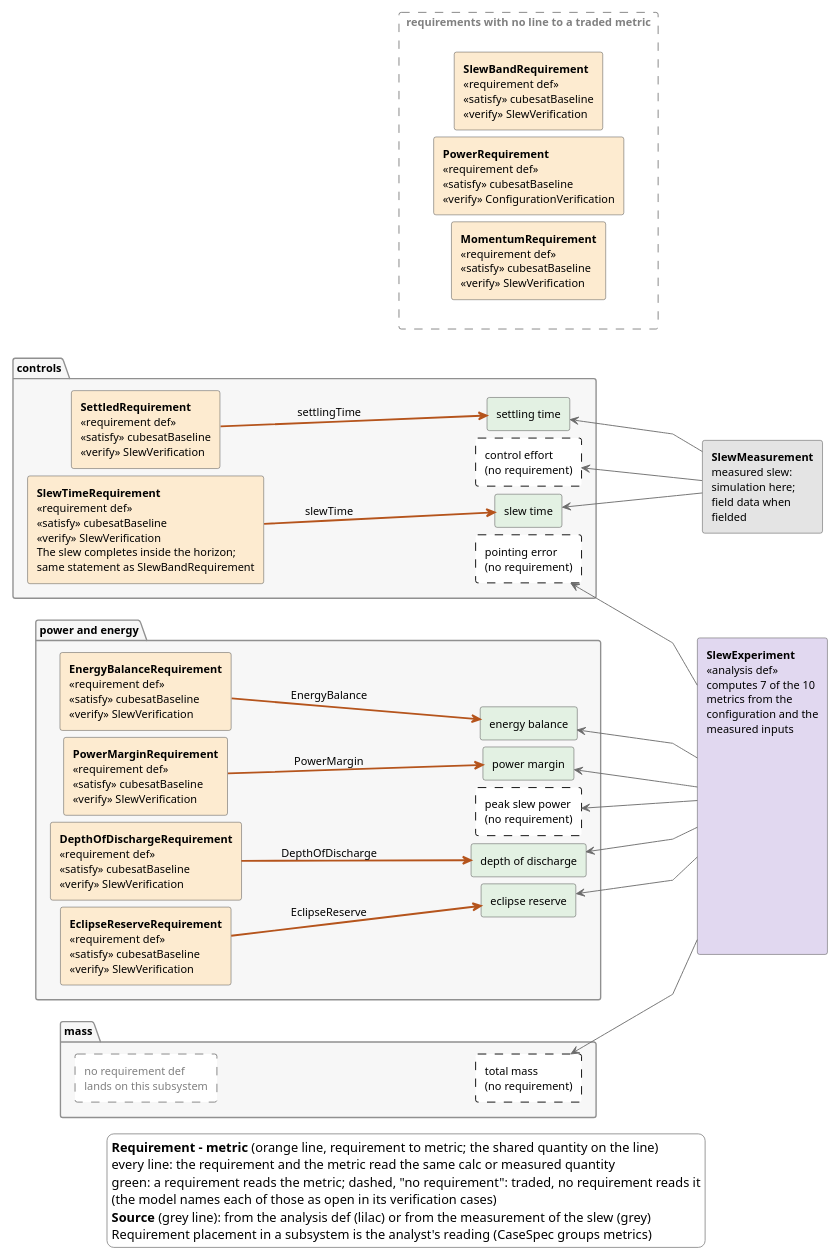
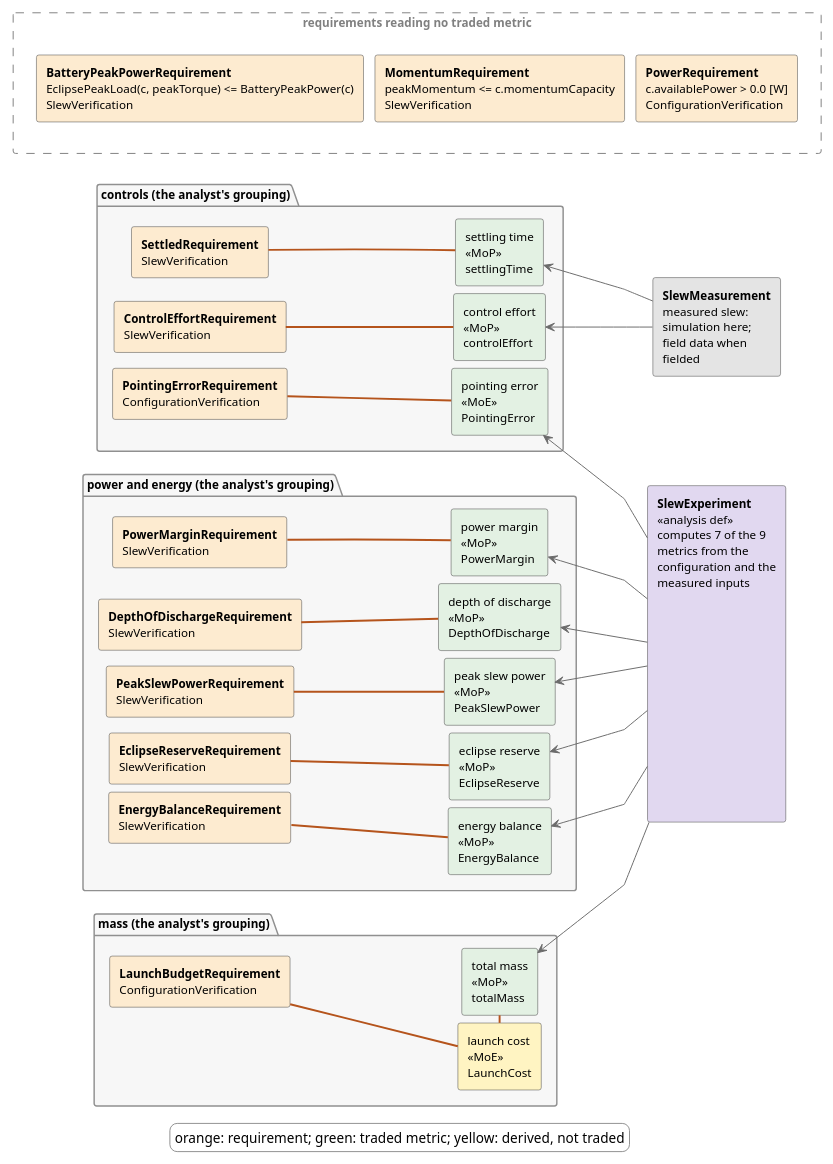
The diagram in examples/adcs/model_v2/views/behavioural_view.puml (DynamicalSystemsGroup/hyperbolic-trade-space), drawn with PlantUML before and after one commit. The commit also changed 21 other files, not shown here.

First line of the commit message:
WP23 data gate, the swap: the WP23 model becomes cubesat.sysml; the tests state the one model; the views at revision 4; contract amendment 12 (the v2 headers without slew time, nine traded metrics, settling time by events); ledger_gate.py for the regeneration of record

```diff
--- a/examples/adcs/model_v2/views/behavioural_view.puml
+++ b/examples/adcs/model_v2/views/behavioural_view.puml
@@ -1,99 +1,100 @@
 @startuml
 left to right direction
 skinparam linetype polyline
 skinparam shadowing false
 skinparam defaultFontName SansSerif
 skinparam defaultFontSize 12
 skinparam ClassBackgroundColor white
 skinparam ClassBorderColor #404040
 skinparam ClassAttributeIconSize 0
 skinparam ArrowColor #404040
 skinparam RectangleBackgroundColor white
 skinparam RectangleBorderColor #404040
 skinparam PackageBackgroundColor #F7F7F7
 skinparam PackageBorderColor #909090
 skinparam LegendBackgroundColor white
 skinparam LegendBorderColor #909090
 skinparam nodesep 8
-skinparam ranksep 36
+skinparam ranksep 12
 hide circle
 hide empty members
 
 scale 700 width
 
-package "controls" {
-  rectangle "**SettledRequirement**\n<<requirement def>>\n<<satisfy>> cubesatBaseline\n<<verify>> SlewVerification" as xSettledrequirement #FDEBD0
-  rectangle "**SlewTimeRequirement**\n<<requirement def>>\n<<satisfy>> cubesatBaseline\n<<verify>> SlewVerification\nThe slew completes inside the horizon;\nsame statement as SlewBandRequirement" as xSlewtimerequirement #FDEBD0
-  rectangle "settling time" as xSettlingTime #E3F1E3
-  rectangle "slew time" as xSlewTime #E3F1E3
-  rectangle "control effort\n(no requirement)" as xControlEffort #FFFFFF;line:black;line.dashed
-  rectangle "pointing error\n(no requirement)" as xPointingError #FFFFFF;line:black;line.dashed
+package "controls (the analyst's grouping)" {
+  rectangle "**SettledRequirement**\nSlewVerification" as xSettledrequirement #FDEBD0
+  rectangle "**ControlEffortRequirement**\nSlewVerification" as xControleffortrequirement #FDEBD0
+  rectangle "**PointingErrorRequirement**\nConfigurationVerification" as xPointingerrorrequirement #FDEBD0
+  rectangle "settling time\n<<MoP>>\nsettlingTime" as xSettlingTime #E3F1E3
+  rectangle "control effort\n<<MoP>>\ncontrolEffort" as xControlEffort #E3F1E3
+  rectangle "pointing error\n<<MoE>>\nPointingError" as xPointingError #E3F1E3
 }
-xSettledrequirement -[hidden]right-> xSlewtimerequirement
-xSettlingTime -[hidden]right-> xSlewTime
-xSlewTime -[hidden]right-> xControlEffort
+xSettledrequirement -[hidden]right-> xControleffortrequirement
+xControleffortrequirement -[hidden]right-> xPointingerrorrequirement
+xSettlingTime -[hidden]right-> xControlEffort
 xControlEffort -[hidden]right-> xPointingError
 xSettledrequirement -[hidden]-> xSettlingTime
-package "power and energy" {
-  rectangle "**PowerMarginRequirement**\n<<requirement def>>\n<<satisfy>> cubesatBaseline\n<<verify>> SlewVerification" as xPowermarginrequirement #FDEBD0
-  rectangle "**EnergyBalanceRequirement**\n<<requirement def>>\n<<satisfy>> cubesatBaseline\n<<verify>> SlewVerification" as xEnergybalancerequirement #FDEBD0
-  rectangle "**EclipseReserveRequirement**\n<<requirement def>>\n<<satisfy>> cubesatBaseline\n<<verify>> SlewVerification" as xEclipsereserverequirement #FDEBD0
-  rectangle "**DepthOfDischargeRequirement**\n<<requirement def>>\n<<satisfy>> cubesatBaseline\n<<verify>> SlewVerification" as xDepthofdischargerequirement #FDEBD0
-  rectangle "power margin" as xPowerMargin #E3F1E3
-  rectangle "energy balance" as xEnergyBalance #E3F1E3
-  rectangle "eclipse reserve" as xEclipseReserve #E3F1E3
-  rectangle "depth of discharge" as xDepthOfDischarge #E3F1E3
-  rectangle "peak slew power\n(no requirement)" as xPeakSlewPower #FFFFFF;line:black;line.dashed
+package "power and energy (the analyst's grouping)" {
+  rectangle "**PowerMarginRequirement**\nSlewVerification" as xPowermarginrequirement #FDEBD0
+  rectangle "**EnergyBalanceRequirement**\nSlewVerification" as xEnergybalancerequirement #FDEBD0
+  rectangle "**EclipseReserveRequirement**\nSlewVerification" as xEclipsereserverequirement #FDEBD0
+  rectangle "**PeakSlewPowerRequirement**\nSlewVerification" as xPeakslewpowerrequirement #FDEBD0
+  rectangle "**DepthOfDischargeRequirement**\nSlewVerification" as xDepthofdischargerequirement #FDEBD0
+  rectangle "power margin\n<<MoP>>\nPowerMargin" as xPowerMargin #E3F1E3
+  rectangle "energy balance\n<<MoP>>\nEnergyBalance" as xEnergyBalance #E3F1E3
+  rectangle "eclipse reserve\n<<MoP>>\nEclipseReserve" as xEclipseReserve #E3F1E3
+  rectangle "peak slew power\n<<MoP>>\nPeakSlewPower" as xPeakSlewPower #E3F1E3
+  rectangle "depth of discharge\n<<MoP>>\nDepthOfDischarge" as xDepthOfDischarge #E3F1E3
 }
 xPowermarginrequirement -[hidden]right-> xEnergybalancerequirement
 xEnergybalancerequirement -[hidden]right-> xEclipsereserverequirement
-xEclipsereserverequirement -[hidden]right-> xDepthofdischargerequirement
+xEclipsereserverequirement -[hidden]right-> xPeakslewpowerrequirement
+xPeakslewpowerrequirement -[hidden]right-> xDepthofdischargerequirement
 xPowerMargin -[hidden]right-> xEnergyBalance
 xEnergyBalance -[hidden]right-> xEclipseReserve
-xEclipseReserve -[hidden]right-> xDepthOfDischarge
-xDepthOfDischarge -[hidden]right-> xPeakSlewPower
+xEclipseReserve -[hidden]right-> xPeakSlewPower
+xPeakSlewPower -[hidden]right-> xDepthOfDischarge
 xPowermarginrequirement -[hidden]-> xPowerMargin
-package "mass" {
-  rectangle "no requirement def\nlands on this subsystem" as xNonemass #FFFFFF;line:gray;line.dashed;text:gray
-  rectangle "total mass\n(no requirement)" as xTotalMass #FFFFFF;line:black;line.dashed
+package "mass (the analyst's grouping)" {
+  rectangle "**LaunchBudgetRequirement**\nConfigurationVerification" as xLaunchbudgetrequirement #FDEBD0
+  rectangle "launch cost\n<<MoE>>\nLaunchCost" as xLaunchcost #FFF4C2
+  rectangle "total mass\n<<MoP>>\ntotalMass" as xTotalMass #E3F1E3
 }
-xNonemass -[hidden]-> xTotalMass
-rectangle "requirements with no line to a traded metric" as xNoLine #FFFFFF;line:gray;line.dashed;text:gray {
-  rectangle "**MomentumRequirement**\n<<requirement def>>\n<<satisfy>> cubesatBaseline\n<<verify>> SlewVerification" as xMomentumrequirement #FDEBD0
-  rectangle "**PowerRequirement**\n<<requirement def>>\n<<satisfy>> cubesatBaseline\n<<verify>> ConfigurationVerification" as xPowerrequirement #FDEBD0
-  rectangle "**SlewBandRequirement**\n<<requirement def>>\n<<satisfy>> cubesatBaseline\n<<verify>> SlewVerification" as xSlewbandrequirement #FDEBD0
-  xMomentumrequirement -[hidden]right-> xPowerrequirement
-  xPowerrequirement -[hidden]right-> xSlewbandrequirement
+xLaunchbudgetrequirement -[hidden]-> xTotalMass
+rectangle "requirements reading no traded metric" as xNoLine #FFFFFF;line:gray;line.dashed;text:gray {
+  rectangle "**BatteryPeakPowerRequirement**\nEclipsePeakLoad(c, peakTorque) <= BatteryPeakPower(c)\nSlewVerification" as xBatterypeakpowerrequirement #FDEBD0
+  rectangle "**MomentumRequirement**\npeakMomentum <= c.momentumCapacity\nSlewVerification" as xMomentumrequirement #FDEBD0
+  rectangle "**PowerRequirement**\nc.availablePower > 0.0 [W]\nConfigurationVerification" as xPowerrequirement #FDEBD0
+  xBatterypeakpowerrequirement -[hidden]-> xMomentumrequirement
+  xMomentumrequirement -[hidden]-> xPowerrequirement
 }
-xNoLine -[hidden]right-> xTotalMass
+xLaunchbudgetrequirement -[hidden]right-> xNoLine
 
-rectangle "**SlewExperiment**\n<<analysis def>>\ncomputes 7 of the 10\nmetrics from the\nconfiguration and the\nmeasured inputs\n\n\n\n\n\n\n\n\n\n\n\n\n\n" as xAnalysis #E1D8F0
+rectangle "**SlewExperiment**\n<<analysis def>>\ncomputes 7 of the 9\nmetrics from the\nconfiguration and the\nmeasured inputs\n\n\n\n\n\n\n\n\n\n\n\n\n\n" as xAnalysis #E1D8F0
 rectangle "**SlewMeasurement**\nmeasured slew:\nsimulation here;\nfield data when\nfielded" as xMeasure #E4E4E4
 xMeasure -[hidden]right-> xAnalysis
 
-xDepthofdischargerequirement -[#B5541C,thickness=2]-> xDepthOfDischarge : DepthOfDischarge
-xEclipsereserverequirement -[#B5541C,thickness=2]-> xEclipseReserve : EclipseReserve
-xEnergybalancerequirement -[#B5541C,thickness=2]-> xEnergyBalance : EnergyBalance
-xPowermarginrequirement -[#B5541C,thickness=2]-> xPowerMargin : PowerMargin
-xSettledrequirement -[#B5541C,thickness=2]-> xSettlingTime : settlingTime
-xSlewtimerequirement -[#B5541C,thickness=2]-> xSlewTime : slewTime
+xControleffortrequirement -[#B5541C,thickness=2]- xControlEffort
+xDepthofdischargerequirement -[#B5541C,thickness=2]- xDepthOfDischarge
+xEclipsereserverequirement -[#B5541C,thickness=2]- xEclipseReserve
+xEnergybalancerequirement -[#B5541C,thickness=2]- xEnergyBalance
+xLaunchbudgetrequirement -[#B5541C,thickness=2]- xLaunchcost
+xLaunchcost -[#B5541C,thickness=2]right- xTotalMass
+xPeakslewpowerrequirement -[#B5541C,thickness=2]- xPeakSlewPower
+xPointingerrorrequirement -[#B5541C,thickness=2]- xPointingError
+xPowermarginrequirement -[#B5541C,thickness=2]- xPowerMargin
+xSettledrequirement -[#B5541C,thickness=2]- xSettlingTime
 xSettlingTime <-[#6B6B6B]- xMeasure
-xSlewTime <-[#6B6B6B]- xMeasure
 xPointingError <-[#6B6B6B]- xAnalysis
 xTotalMass <-[#6B6B6B]- xAnalysis
 xControlEffort <-[#6B6B6B]- xMeasure
 xPowerMargin <-[#6B6B6B]- xAnalysis
 xEnergyBalance <-[#6B6B6B]- xAnalysis
 xEclipseReserve <-[#6B6B6B]- xAnalysis
 xPeakSlewPower <-[#6B6B6B]- xAnalysis
 xDepthOfDischarge <-[#6B6B6B]- xAnalysis
 
 legend bottom
-  **Requirement - metric** (orange line, requirement to metric; the shared quantity on the line)
-  every line: the requirement and the metric read the same calc or measured quantity
-  green: a requirement reads the metric; dashed, "no requirement": traded, no requirement reads it
-  (the model names each of those as open in its verification cases)
-  **Source** (grey line): from the analysis def (lilac) or from the measurement of the slew (grey)
-  Requirement placement in a subsystem is the analyst's reading (CaseSpec groups metrics)
+  orange: requirement; green: traded metric; yellow: derived, not traded
 end legend
 @enduml
```
